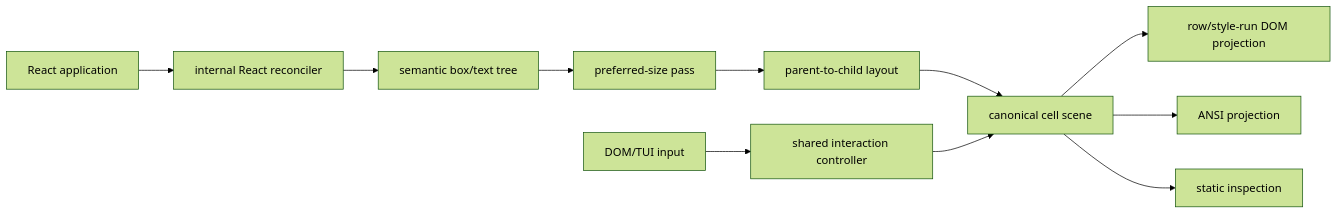
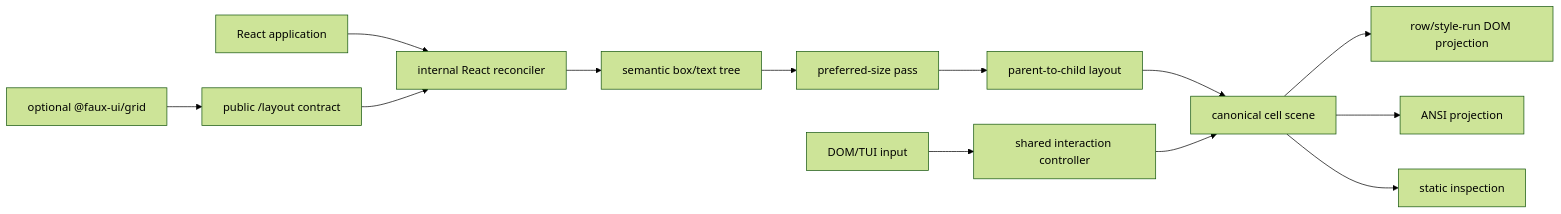
The diagram in docs/architecture.md (deniss-muhla/faux-ui), drawn with Mermaid (forest theme) before and after one commit. The commit also changed other lines of this file and 56 other files, not shown here.

````diff
--- a/docs/architecture.md
+++ b/docs/architecture.md
@@ -11,13 +11,15 @@
 ```mermaid
 flowchart LR
   APP[React application] --> REC[internal React reconciler]
+  GRID[optional @faux-ui/grid] --> PUBLAYOUT[public /layout contract]
+  PUBLAYOUT --> REC
   REC --> SEM[semantic box/text tree]
   SEM --> PREF[preferred-size pass]
   PREF --> LAYOUT[parent-to-child layout]
   INPUT[DOM/TUI input] --> CTRL[shared interaction controller]
   LAYOUT --> SCENE[canonical cell scene]
   CTRL --> SCENE
   SCENE --> DOM[row/style-run DOM projection]
   SCENE --> ANSI[ANSI projection]
   SCENE --> TEST[static inspection]
 ```
````
